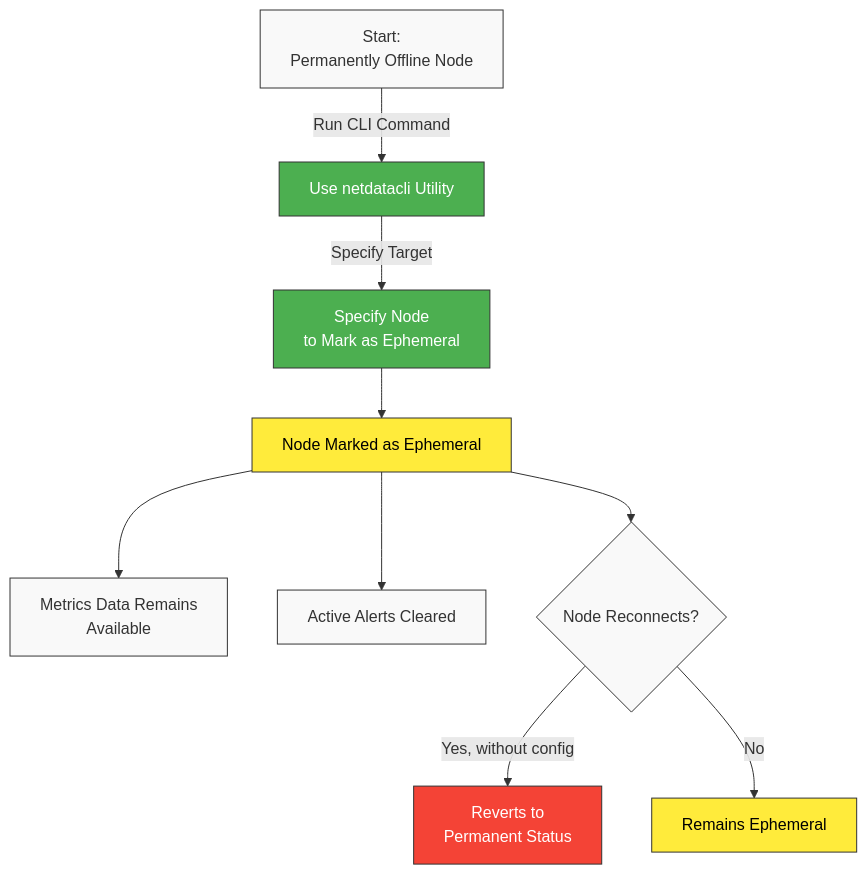
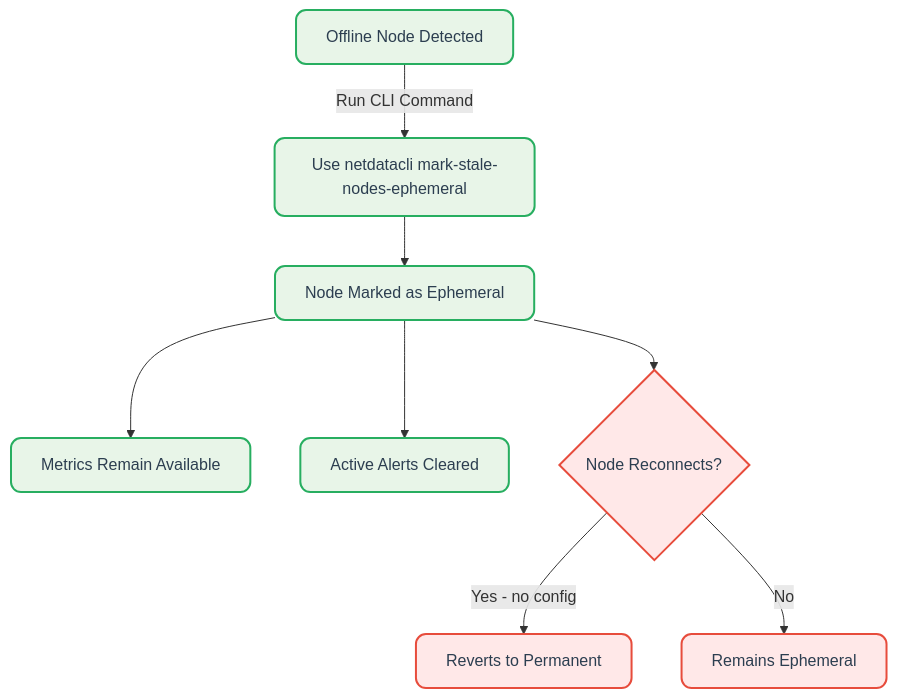
One commit to netdata/netdata changed the second of 4 diagrams in docs/nodes-ephemerality.md. Above: the diagram before and after it, drawn with Mermaid. The commit also changed other lines of this file and 7 other files, not shown here.

````diff
--- a/docs/nodes-ephemerality.md
+++ b/docs/nodes-ephemerality.md
@@ -67,21 +89,20 @@
 ```mermaid
 flowchart TD
-    A[Start:<br> Permanently Offline Node] -->|Run CLI Command| B[Use netdatacli Utility]
-    B -->|Specify Target| C[Specify Node<br> to Mark as Ephemeral]
-    C --> D[Node Marked as Ephemeral]
-    D --> E[Metrics Data Remains<br> Available]
-    D --> F[Active Alerts Cleared]
-    D --> G{Node Reconnects?}
-    G -->|Yes, without config| H[Reverts to<br> Permanent Status]
-    G -->|No| I[Remains Ephemeral]
-    
-    style A fill:#f9f9f9,stroke:#333,stroke-width:1px,color:#333
-    style B fill:#4caf50,stroke:#333,stroke-width:1px,color:white
-    style C fill:#4caf50,stroke:#333,stroke-width:1px,color:white
-    style D fill:#ffeb3b,stroke:#333,stroke-width:1px,color:black
-    style E fill:#f9f9f9,stroke:#333,stroke-width:1px,color:#333
-    style F fill:#f9f9f9,stroke:#333,stroke-width:1px,color:#333
-    style G fill:#f9f9f9,stroke:#333,stroke-width:1px,color:#333
-    style H fill:#f44336,stroke:#333,stroke-width:1px,color:white
-    style I fill:#ffeb3b,stroke:#333,stroke-width:1px,color:black
+    A[Offline Node Detected] -->|Run CLI Command| B[Use netdatacli mark-stale-nodes-ephemeral]
+    B --> C[Node Marked as Ephemeral]
+    C --> D[Metrics Remain Available]
+    C --> E[Active Alerts Cleared]
+    C --> F{Node Reconnects?}
+    F -->|Yes - no config| G[Reverts to Permanent]
+    F -->|No| H[Remains Ephemeral]
+    classDef step fill: #e8f5e8, stroke: #27ae60, stroke-width: 2px, color: #2c3e50, rx: 10, ry: 10
+    classDef alert fill: #ffe8e8, stroke: #e74c3c, stroke-width: 2px, color: #2c3e50, rx: 10, ry: 10
+    class A step
+    class B step
+    class C step
+    class D step
+    class E step
+    class F alert
+    class G alert
+    class H alert
 ```
````
